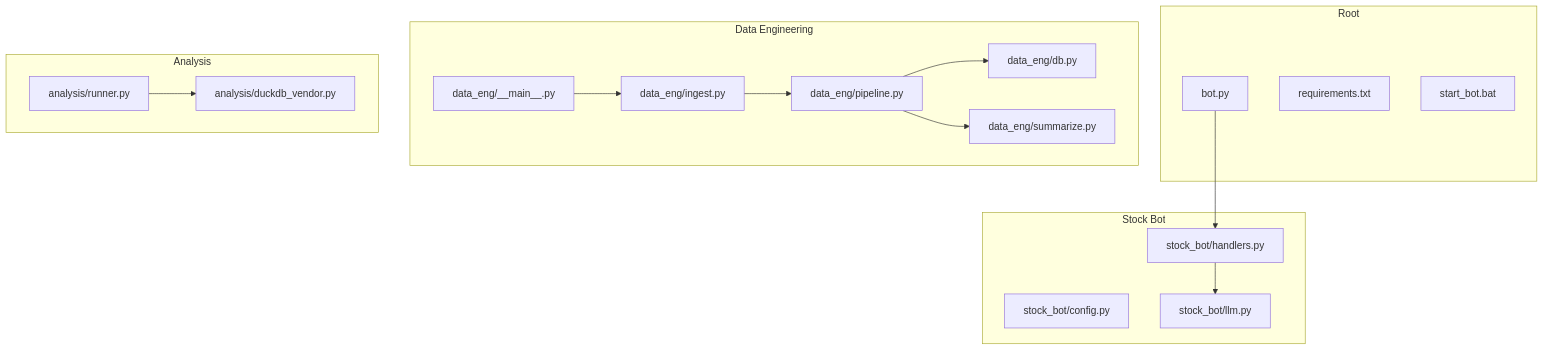
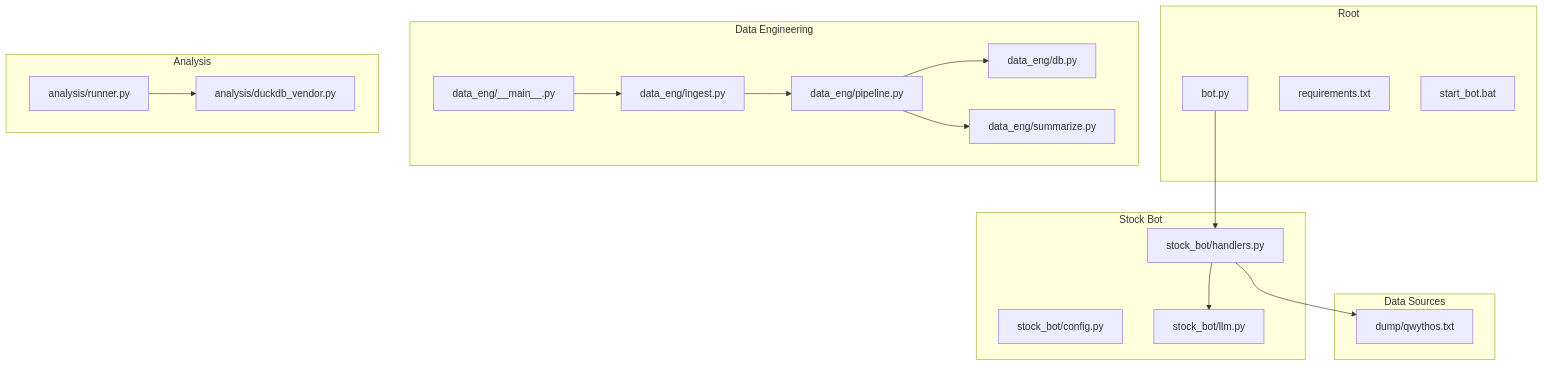
Before and after one commit to ZengSeng/telegram-bot: the first of 4 diagrams in .qoder/repowiki/en/content/Core Components/Data Engineering Module/News Summary System.md, drawn with Mermaid. The commit also changed other lines of this file and 9 other files, not shown here.

````diff
--- a/.qoder/repowiki/en/content/Core Components/Data Engineering Module/News Summary System.md
+++ b/.qoder/repowiki/en/content/Core Components/Data Engineering Module/News Summary System.md
@@ -45,31 +54,35 @@
 ```mermaid
 graph TB
 subgraph "Root"
 BOT["bot.py"]
 REQ["requirements.txt"]
 START["start_bot.bat"]
 end
 subgraph "Data Engineering"
 DMN["data_eng/__main__.py"]
 ING["data_eng/ingest.py"]
 PIPE["data_eng/pipeline.py"]
 DBM["data_eng/db.py"]
 SUMM["data_eng/summarize.py"]
 end
 subgraph "Analysis"
 RUN["analysis/runner.py"]
 DUCK["analysis/duckdb_vendor.py"]
 end
 subgraph "Stock Bot"
 CFG["stock_bot/config.py"]
 HND["stock_bot/handlers.py"]
 LLM["stock_bot/llm.py"]
 end
+subgraph "Data Sources"
+QWY["dump/qwythos.txt"]
+end
 BOT --> HND
 HND --> LLM
+HND --> QWY
 DMN --> ING
 ING --> PIPE
 PIPE --> DBM
 PIPE --> SUMM
 RUN --> DUCK
 ```
````
